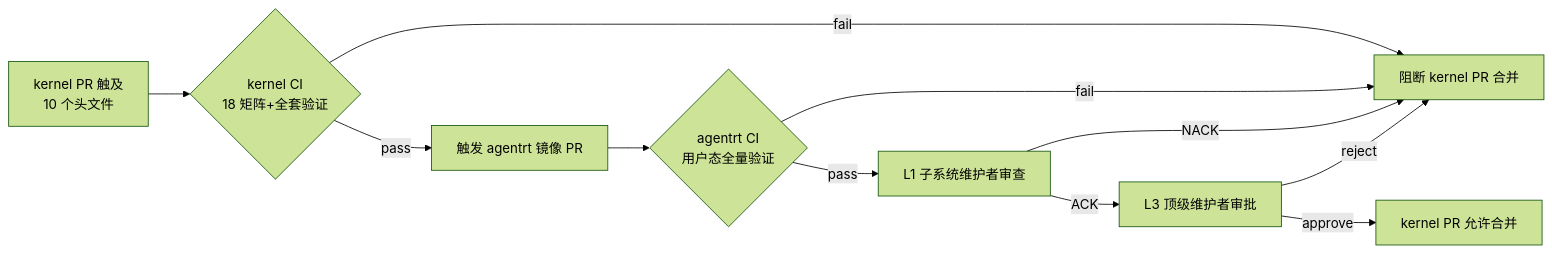
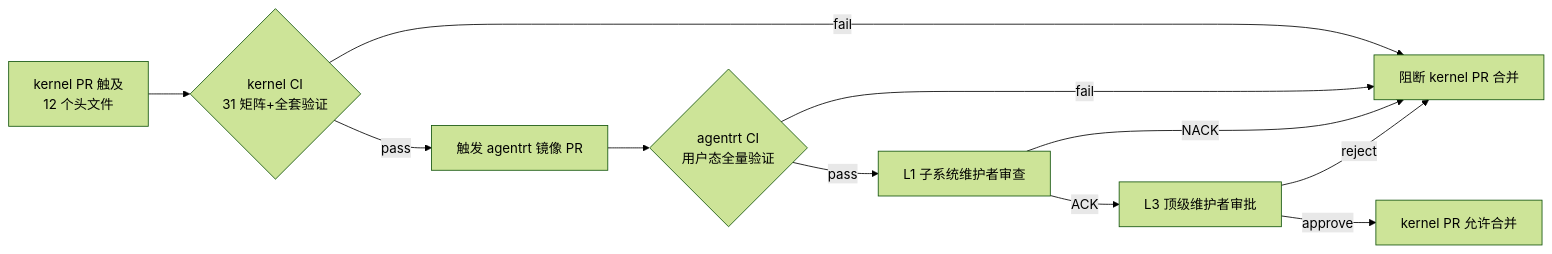
Before and after one commit to openairymax/docs-linux: the diagram in 70-build-system/03-ci-cd-pipeline.md, drawn with Mermaid (forest theme). The commit also changed other lines of this file and 135 other files, not shown here.

````diff
--- a/70-build-system/03-ci-cd-pipeline.md
+++ b/70-build-system/03-ci-cd-pipeline.md
@@ -718,13 +722,13 @@
 ```mermaid
 flowchart LR
-    A[kernel PR 触及<br/>10 个头文件] --> B{kernel CI<br/>18 矩阵+全套验证}
+    A[kernel PR 触及<br/>12 个头文件] --> B{kernel CI<br/>31 矩阵+全套验证}
     B -->|fail| Z[阻断 kernel PR 合并]
     B -->|pass| C[触发 agentrt 镜像 PR]
     C --> D{agentrt CI<br/>用户态全量验证}
     D -->|fail| Z
     D -->|pass| E[L1 子系统维护者审查]
     E -->|NACK| Z
     E -->|ACK| F[L3 顶级维护者审批]
     F -->|reject| Z
     F -->|approve| G[kernel PR 允许合并]
 ```
````
